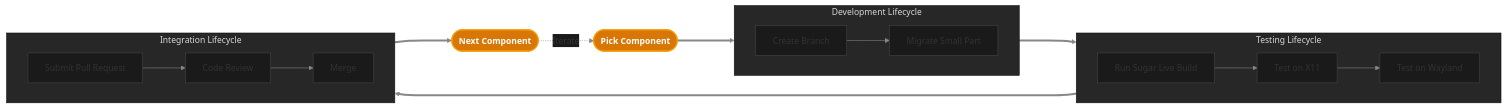
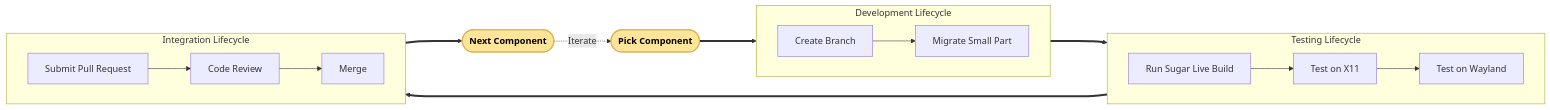
The eighth of 9 diagrams in proposal.md (Dev10-sys/sugar-proposal-gtk), drawn with Mermaid before and after one commit. The commit also changed other lines of this file, not shown here.

Commit message:
Convert diagrams to crisp light theme based on reference photos

````diff
--- a/proposal.md
+++ b/proposal.md
@@ -529,39 +522,38 @@
 ```mermaid
-%%{init: {'theme': 'base', 'themeVariables': {'background': '#0a0a0a', 'primaryColor': '#1a1a1a', 'primaryBorderColor': '#444444', 'lineColor': '#888888', 'textColor': '#ffffff', 'fontSize': '15px'}}}%%
 flowchart LR
     A(["Pick Component"])
 
     subgraph Execution ["Development Lifecycle"]
         direction LR
         B["Create Branch"]
         C["Migrate Small Part"]
         B --> C
     end
 
     subgraph Verification ["Testing Lifecycle"]
         direction LR
         D["Run Sugar Live Build"]
         E["Test on X11"]
         F["Test on Wayland"]
         D --> E --> F
     end
 
     subgraph Review ["Integration Lifecycle"]
         direction LR
         G["Submit Pull Request"]
         H["Code Review"]
         I["Merge"]
         G --> H --> I
     end
 
     J(["Next Component"])
 
     A ===> Execution
     Execution ===> Verification
     Verification ===> Review
     Review ===> J
     J -.->|Iterate| A
 
-    style A fill:#d97706,stroke:#f59e0b,stroke-width:2px,color:#ffffff,font-weight:bold
-    style J fill:#d97706,stroke:#f59e0b,stroke-width:2px,color:#ffffff,font-weight:bold
+    style A fill:#ffe599,stroke:#d6b656,stroke-width:2px,color:#000000,font-weight:bold
+    style J fill:#ffe599,stroke:#d6b656,stroke-width:2px,color:#000000,font-weight:bold
 ```
````
